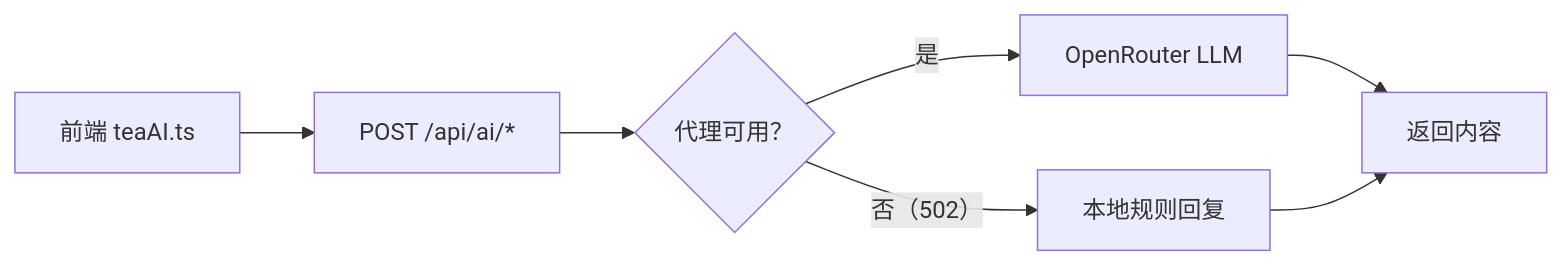
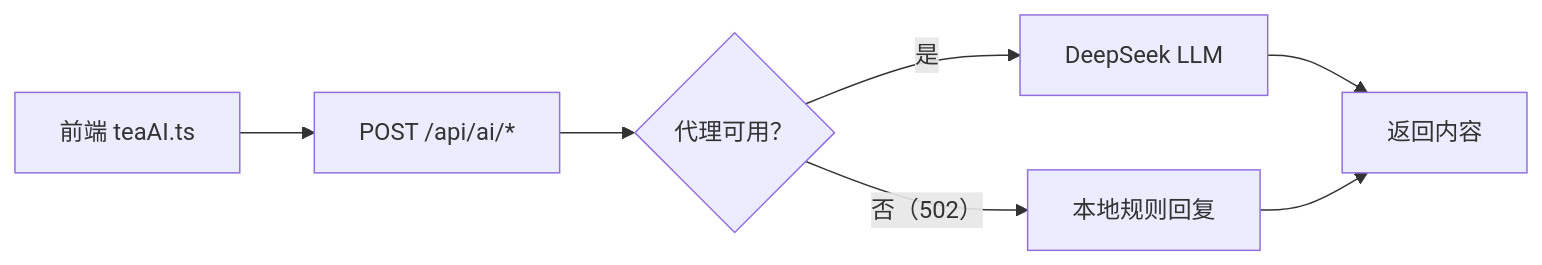
One commit to qiuqianyi66/tea-ceremony changed the fourth of 4 diagrams in docs/architecture/system-overview.md. Above: the diagram before and after it, drawn with Mermaid. The commit also changed other lines of this file and 12 other files, not shown here.

````diff
--- a/docs/architecture/system-overview.md
+++ b/docs/architecture/system-overview.md
@@ -99,9 +99,9 @@
 ```mermaid
 flowchart LR
     A["前端 teaAI.ts"] --> B["POST /api/ai/*"]
     B --> C{"代理可用？"}
-    C -- 是 --> D["OpenRouter LLM"]
+    C -- 是 --> D["DeepSeek LLM"]
     C -- 否（502） --> E["本地规则回复"]
     D --> F["返回内容"]
     E --> F
 ```
````
